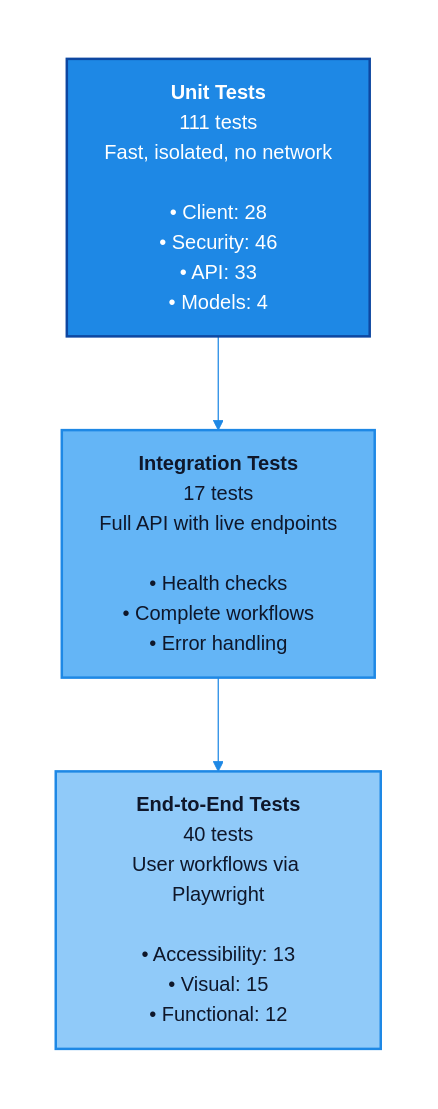
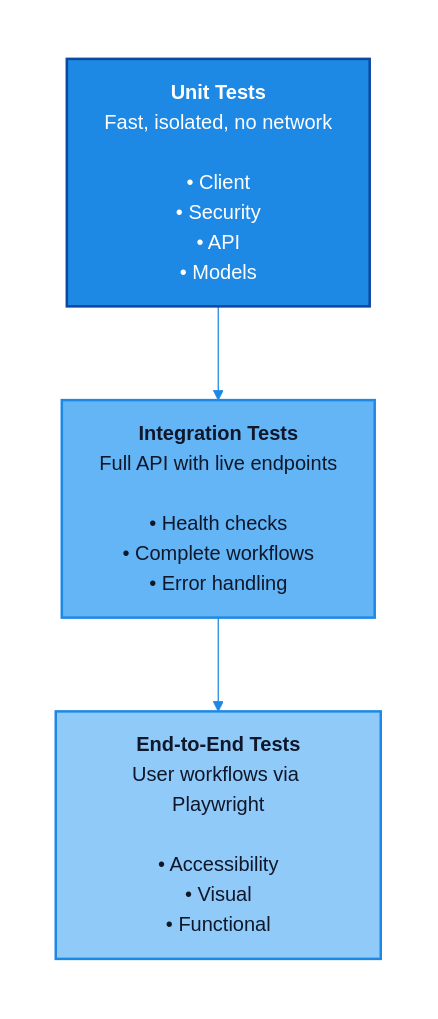
The diagram in docs/TESTING.md (jim-wyatt/msn-weather-wrapper), drawn with Mermaid before and after one commit. The commit also changed other lines of this file and 32 other files, not shown here.

````diff
--- a/docs/TESTING.md
+++ b/docs/TESTING.md
@@ -7,21 +7,21 @@
 ```mermaid
 %%{init: {'theme': 'base', 'themeVariables': {'primaryColor': '#E3F2FD', 'primaryTextColor': '#0F172A', 'primaryBorderColor': '#1E88E5', 'lineColor': '#1E88E5', 'secondaryColor': '#BBDEFB', 'tertiaryColor': '#90CAF9', 'edgeLabelBackground': '#E3F2FD'}}}%%
 graph TB
     subgraph Pyramid[" "]
         direction TB
 
-        U["<b>Unit Tests</b><br/>111 tests<br/>Fast, isolated, no network<br/><br/>• Client: 28<br/>• Security: 46<br/>• API: 33<br/>• Models: 4"]
+        U["<b>Unit Tests</b><br/>Fast, isolated, no network<br/><br/>• Client<br/>• Security<br/>• API<br/>• Models"]
 
-        I["<b>Integration Tests</b><br/>17 tests<br/>Full API with live endpoints<br/><br/>• Health checks<br/>• Complete workflows<br/>• Error handling"]
+        I["<b>Integration Tests</b><br/>Full API with live endpoints<br/><br/>• Health checks<br/>• Complete workflows<br/>• Error handling"]
 
-        E["<b>End-to-End Tests</b><br/>40 tests<br/>User workflows via Playwright<br/><br/>• Accessibility: 13<br/>• Visual: 15<br/>• Functional: 12"]
+        E["<b>End-to-End Tests</b><br/>User workflows via Playwright<br/><br/>• Accessibility<br/>• Visual<br/>• Functional"]
 
         U --> I --> E
     end
 
     %% Muted blues to align with site palette
     style U fill:#1E88E5,color:#fff,stroke:#0D47A1,stroke-width:2px,padding:20px
     style I fill:#64B5F6,color:#0F172A,stroke:#1E88E5,stroke-width:2px,padding:20px
     style E fill:#90CAF9,color:#0F172A,stroke:#1E88E5,stroke-width:2px,padding:20px
     style Pyramid fill:none,stroke:none
 ```
````
